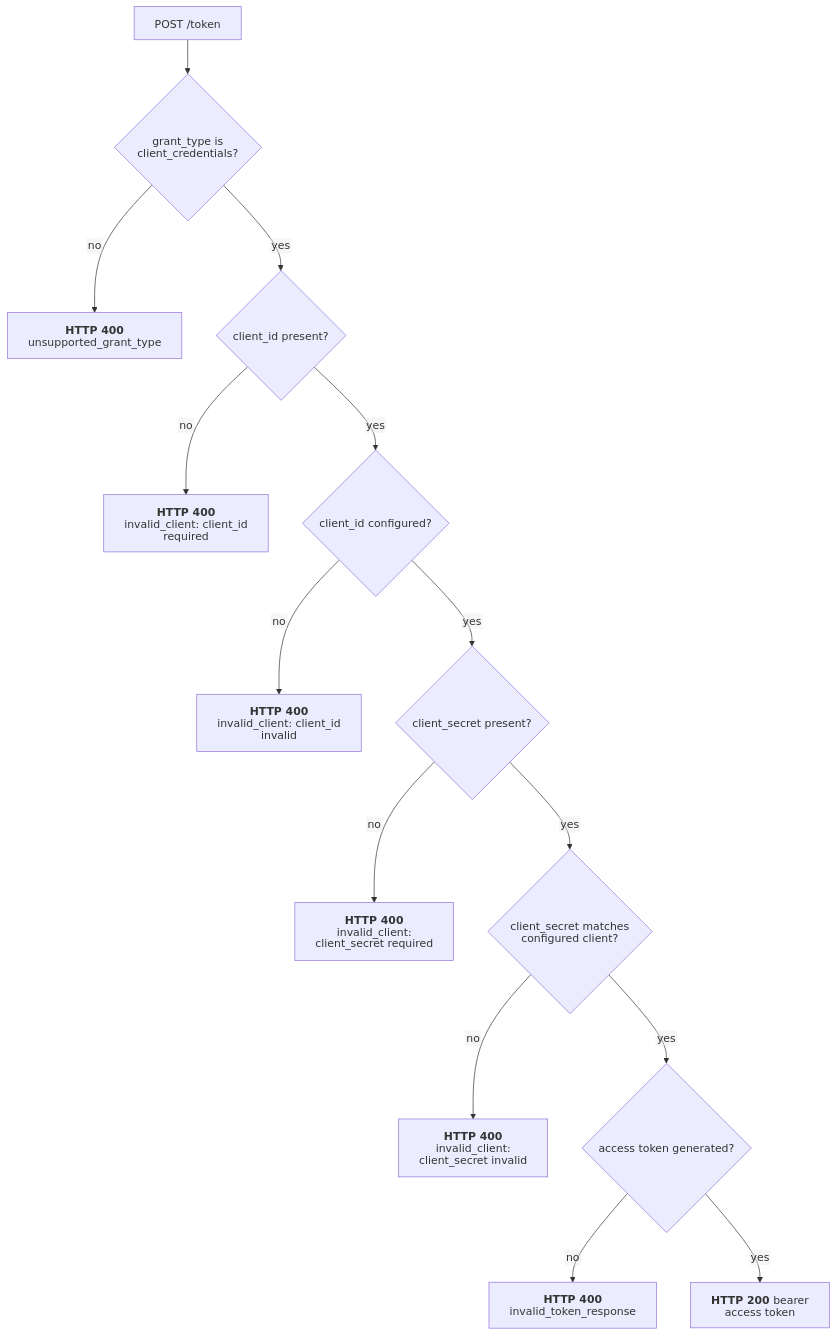
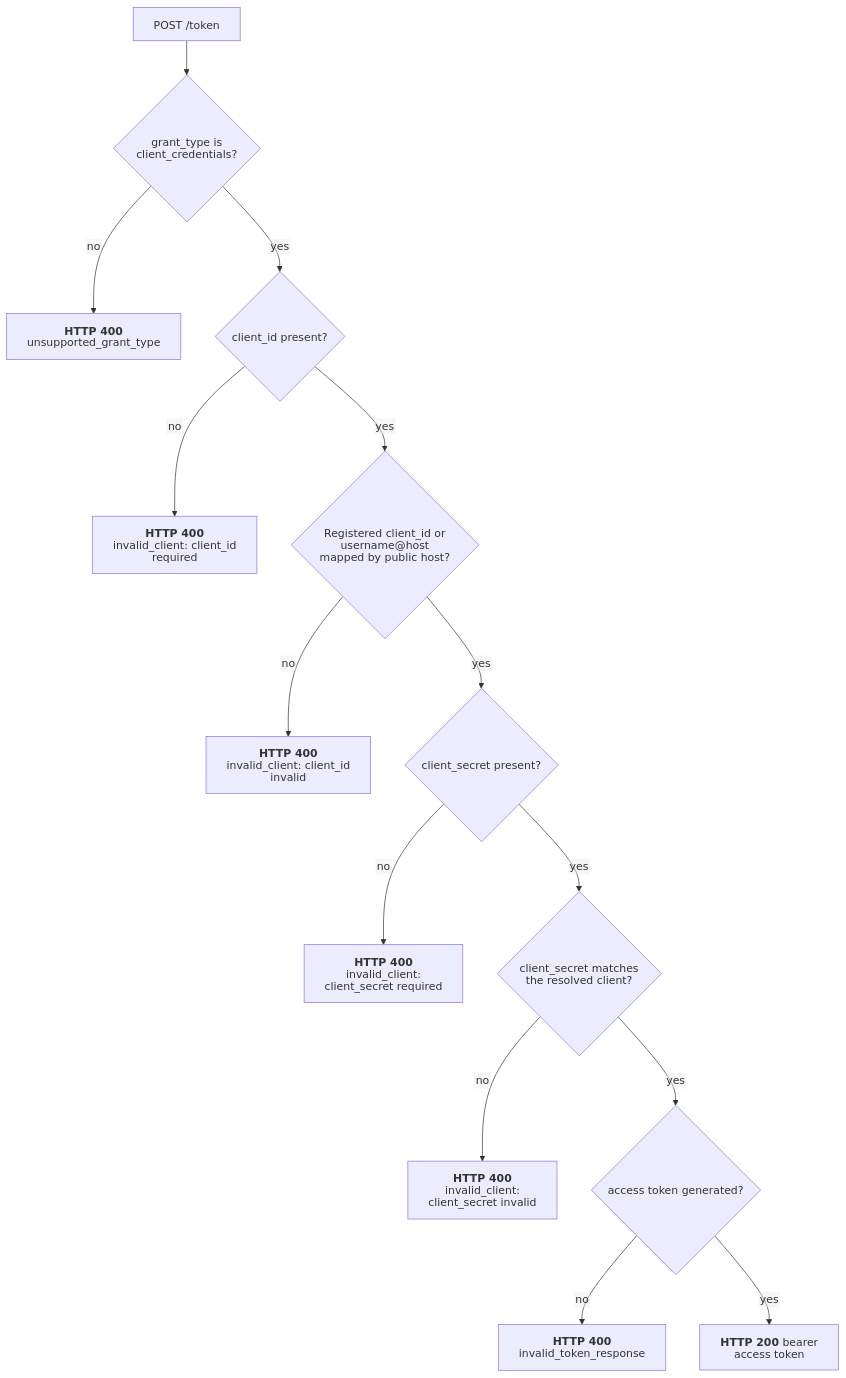
One commit to malach-it/kagome changed the diagram in docs/flows/oauth/client_credentials.mmd. Above: the diagram before and after it, drawn with Mermaid. The commit also changed 24 other files, not shown here.

Commit message:
feat: add host-bound public clients

```diff
--- a/docs/flows/oauth/client_credentials.mmd
+++ b/docs/flows/oauth/client_credentials.mmd
@@ -1,15 +1,15 @@
 %%{init: {"htmlLabels": false, "flowchart": {"htmlLabels": false}}}%%
 flowchart TD
     start[POST /token] --> grant{grant_type is client_credentials?}
     grant -- no --> unsupported["`**HTTP 400** unsupported_grant_type`"]
     grant -- yes --> client_id{client_id present?}
     client_id -- no --> missing_client["`**HTTP 400** invalid_client: client_id required`"]
-    client_id -- yes --> client_valid{client_id configured?}
+    client_id -- yes --> client_valid{Registered client_id or username@host mapped by public host?}
     client_valid -- no --> invalid_client["`**HTTP 400** invalid_client: client_id invalid`"]
     client_valid -- yes --> secret{client_secret present?}
     secret -- no --> missing_secret["`**HTTP 400** invalid_client: client_secret required`"]
-    secret -- yes --> secret_valid{client_secret matches configured client?}
+    secret -- yes --> secret_valid{client_secret matches the resolved client?}
     secret_valid -- no --> invalid_secret["`**HTTP 400** invalid_client: client_secret invalid`"]
     secret_valid -- yes --> generate{access token generated?}
     generate -- no --> generation_error["`**HTTP 400** invalid_token_response`"]
     generate -- yes --> success["`**HTTP 200** bearer access token`"]
```
